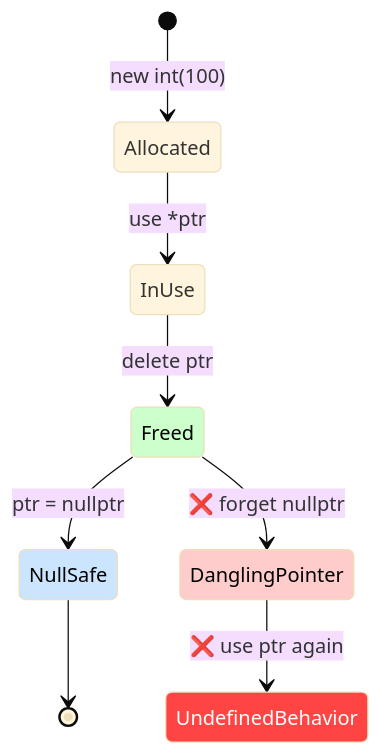
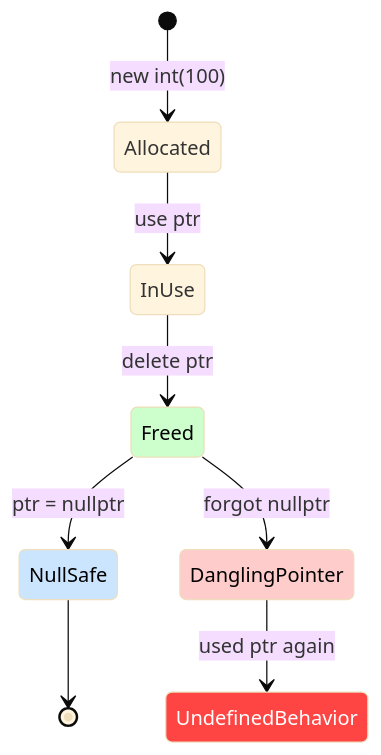
One commit to sakshamsontakke/Mastering-CPP changed the fourth of 22 diagrams in 02-Object-Oriented-Programming/40_masteringPointersAndDynamicMemory.md. Above: the diagram before and after it, drawn with Mermaid (base theme). The commit also changed other lines of this file, not shown here.

````diff
--- a/02-Object-Oriented-Programming/40_masteringPointersAndDynamicMemory.md
+++ b/02-Object-Oriented-Programming/40_masteringPointersAndDynamicMemory.md
@@ -175,16 +174,16 @@
 ```mermaid
 stateDiagram-v2
     [*] --> Allocated : new int(100)
-    Allocated --> InUse : use *ptr
+    Allocated --> InUse : use ptr
     InUse --> Freed : delete ptr
     Freed --> NullSafe : ptr = nullptr
     NullSafe --> [*]
 
-    Freed --> DanglingPointer : ❌ forget nullptr
-    DanglingPointer --> UndefinedBehavior : ❌ use ptr again
+    Freed --> DanglingPointer : forgot nullptr
+    DanglingPointer --> UndefinedBehavior : used ptr again
 
     style Freed fill:#ccffcc,color:#000
     style DanglingPointer fill:#ffcccc,color:#000
     style UndefinedBehavior fill:#ff4444,color:#fff
     style NullSafe fill:#cce5ff,color:#000
 ```
````
